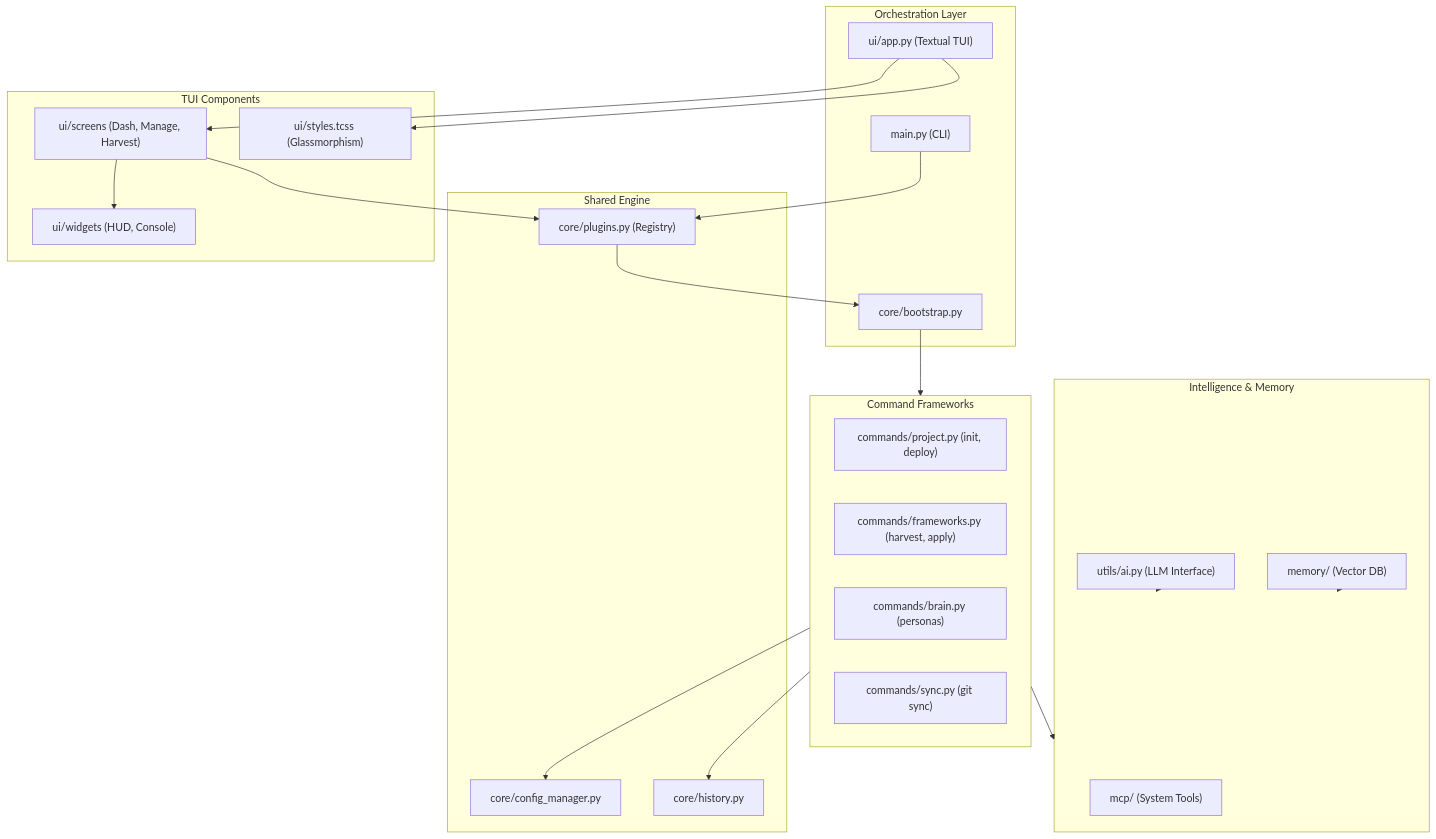
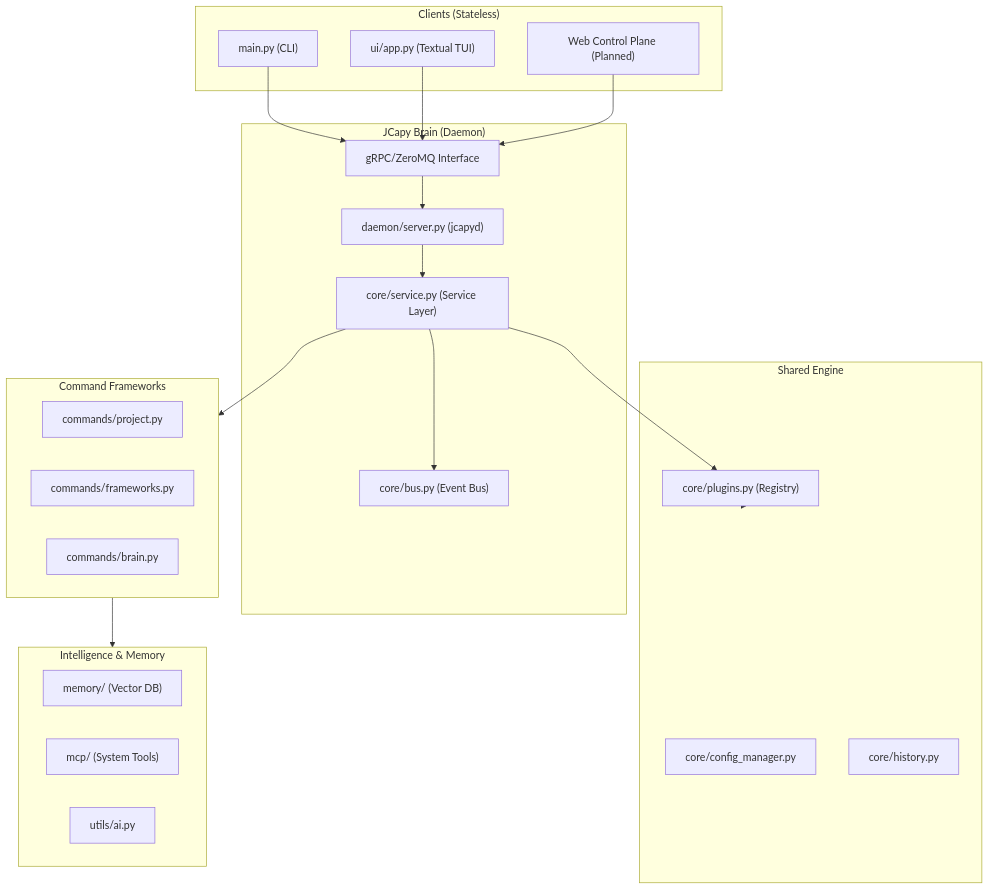
Before and after one commit to ponli550/JCapy: the diagram in docs/architecture_map.md, drawn with Mermaid. The commit also changed other lines of this file and 70 other files, not shown here.

Commit message:
feat: introduce daemon-based service architecture with gRPC, ZMQ communication, and initial Dockerization, alongside new CI/CD workflows and updated documentation.

````diff
--- a/docs/architecture_map.md
+++ b/docs/architecture_map.md
@@ -7,46 +7,45 @@
 ```mermaid
 graph TD
-    subgraph ORCHESTRATION ["Orchestration Layer"]
+    subgraph CLIENTS ["Clients (Stateless)"]
         CLI["main.py (CLI)"]
         TUI["ui/app.py (Textual TUI)"]
-        BOOT["core/bootstrap.py"]
+        WEB["Web Control Plane (Planned)"]
+    end
+
+    subgraph BRAIN ["JCapy Brain (Daemon)"]
+        SERVICE["core/service.py (Service Layer)"]
+        DAEMON["daemon/server.py (jcapyd)"]
+        BUS["core/bus.py (Event Bus)"]
+        RPC["gRPC/ZeroMQ Interface"]
     end
 
     subgraph ENGINE ["Shared Engine"]
         REG["core/plugins.py (Registry)"]
         CFG["core/config_manager.py"]
         HIST["core/history.py"]
     end
 
     subgraph COMMANDS ["Command Frameworks"]
-        PROJ["commands/project.py (init, deploy)"]
-        SKILL["commands/frameworks.py (harvest, apply)"]
-        BRAIN["commands/brain.py (personas)"]
-        SYNC["commands/sync.py (git sync)"]
-    end
-
-    subgraph UI ["TUI Components"]
-        SCR["ui/screens (Dash, Manage, Harvest)"]
-        WDG["ui/widgets (HUD, Console)"]
-        CSS["ui/styles.tcss (Glassmorphism)"]
+        PROJ["commands/project.py"]
+        SKILL["commands/frameworks.py"]
+        BRAIN_CMD["commands/brain.py"]
     end
 
     subgraph BRAIN_LAYER ["Intelligence & Memory"]
         MEM["memory/ (Vector DB)"]
         MCP["mcp/ (System Tools)"]
-        UTIL["utils/ai.py (LLM Interface)"]
+        UTIL["utils/ai.py"]
     end
 
     %% Relationships
-    CLI --> REG
-    TUI --> SCR --> REG
-    REG --> BOOT
-    BOOT --> COMMANDS
-    COMMANDS --> CFG
-    COMMANDS --> HIST
-    TUI --> CSS
-    SCR --> WDG
+    CLI --> RPC
+    TUI --> RPC
+    WEB --> RPC
+    RPC --> DAEMON
+    DAEMON --> SERVICE
+    SERVICE --> REG
+    SERVICE --> BUS
+    REG --> ENGINE
+    SERVICE --> COMMANDS
     COMMANDS --> BRAIN_LAYER
-    UTIL --> BRAIN_LAYER
-    MEM --> BRAIN_LAYER
 ```
````
